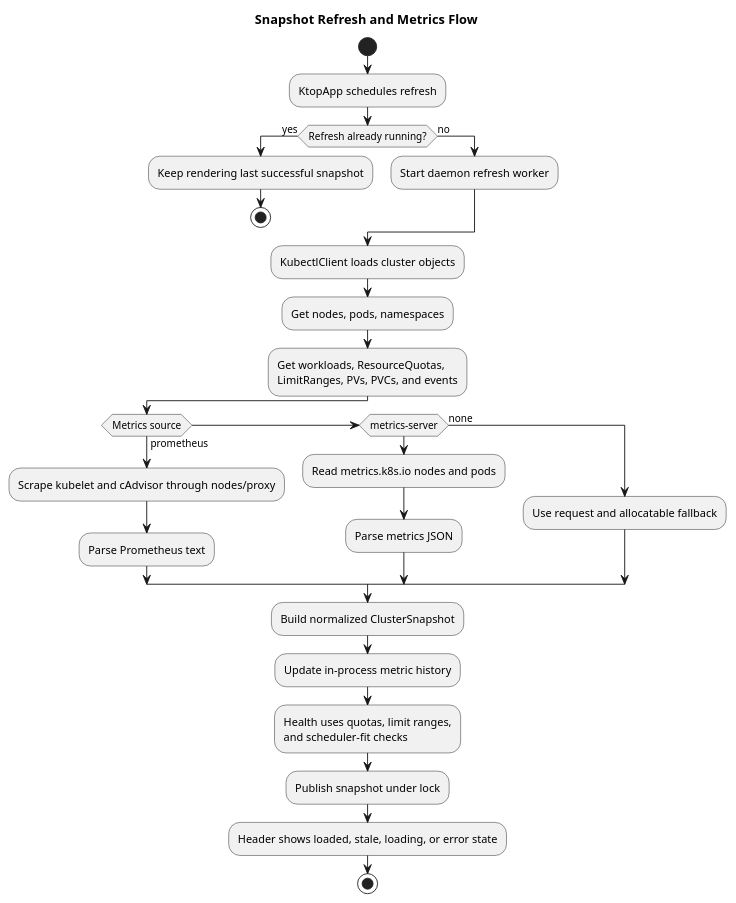
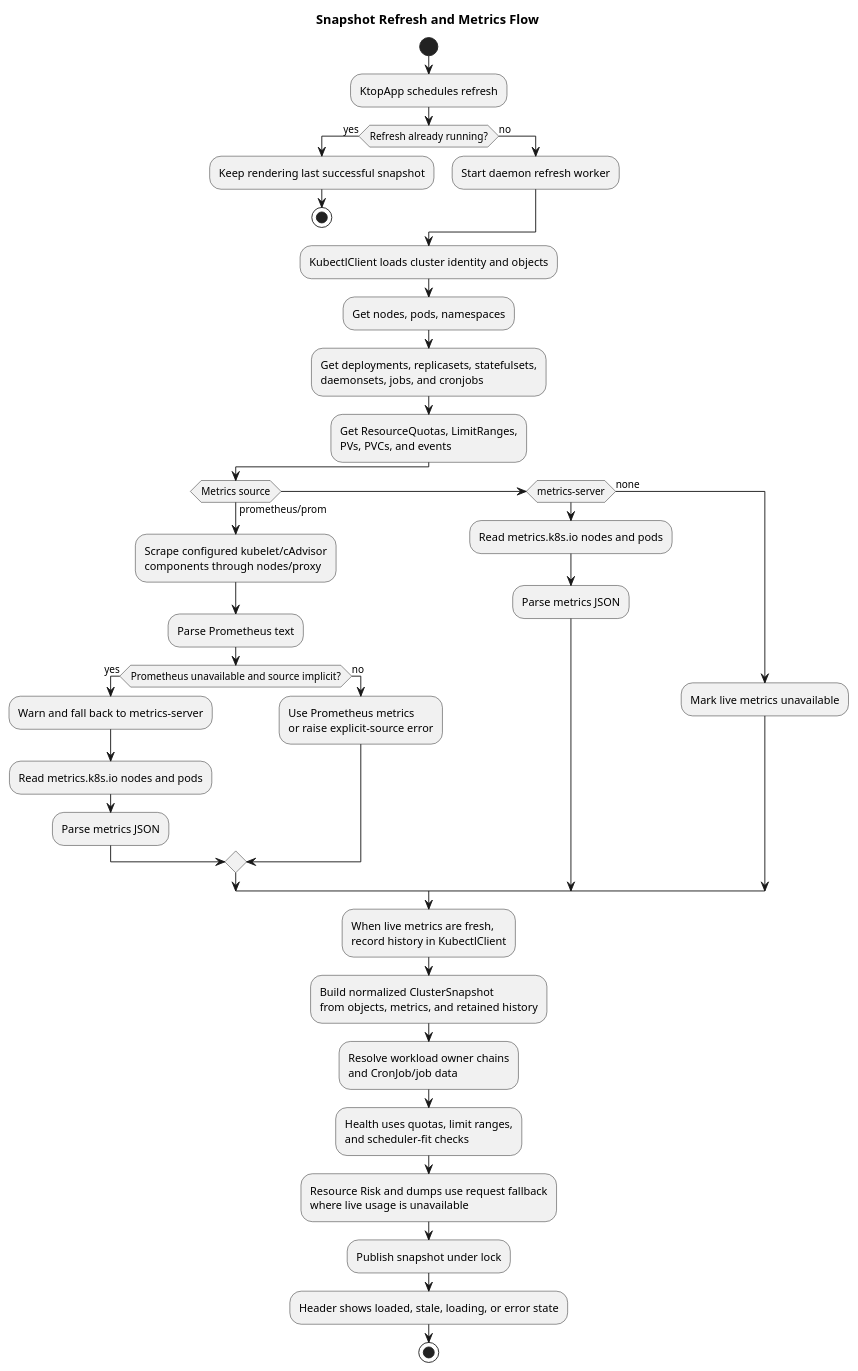
Before and after one commit to dtarasov7/ktop-py: the diagram in diagramms/snapshot-flow.puml, drawn with PlantUML. The commit also changed 16 other files, not shown here.

```diff
--- a/diagramms/snapshot-flow.puml
+++ b/diagramms/snapshot-flow.puml
@@ -1,36 +1,46 @@
 @startuml ktop_py_snapshot_flow
 title Snapshot Refresh and Metrics Flow
 
 skinparam backgroundColor white
 skinparam shadowing false
 
 start
 :KtopApp schedules refresh;
 if (Refresh already running?) then (yes)
   :Keep rendering last successful snapshot;
   stop
 else (no)
   :Start daemon refresh worker;
 endif
 
-:KubectlClient loads cluster objects;
+:KubectlClient loads cluster identity and objects;
 :Get nodes, pods, namespaces;
-:Get workloads, ResourceQuotas,\nLimitRanges, PVs, PVCs, and events;
-if (Metrics source) then (prometheus)
-  :Scrape kubelet and cAdvisor through nodes/proxy;
+:Get deployments, replicasets, statefulsets,\ndaemonsets, jobs, and cronjobs;
+:Get ResourceQuotas, LimitRanges,\nPVs, PVCs, and events;
+if (Metrics source) then (prometheus/prom)
+  :Scrape configured kubelet/cAdvisor\ncomponents through nodes/proxy;
   :Parse Prometheus text;
+  if (Prometheus unavailable and source implicit?) then (yes)
+    :Warn and fall back to metrics-server;
+    :Read metrics.k8s.io nodes and pods;
+    :Parse metrics JSON;
+  else (no)
+    :Use Prometheus metrics\nor raise explicit-source error;
+  endif
 elseif (metrics-server)
   :Read metrics.k8s.io nodes and pods;
   :Parse metrics JSON;
 else (none)
-  :Use request and allocatable fallback;
+  :Mark live metrics unavailable;
 endif
 
-:Build normalized ClusterSnapshot;
-:Update in-process metric history;
+:When live metrics are fresh,\nrecord history in KubectlClient;
+:Build normalized ClusterSnapshot\nfrom objects, metrics, and retained history;
+:Resolve workload owner chains\nand CronJob/job data;
 :Health uses quotas, limit ranges,\nand scheduler-fit checks;
+:Resource Risk and dumps use request fallback\nwhere live usage is unavailable;
 :Publish snapshot under lock;
 :Header shows loaded, stale, loading, or error state;
 stop
 
 @enduml
```
